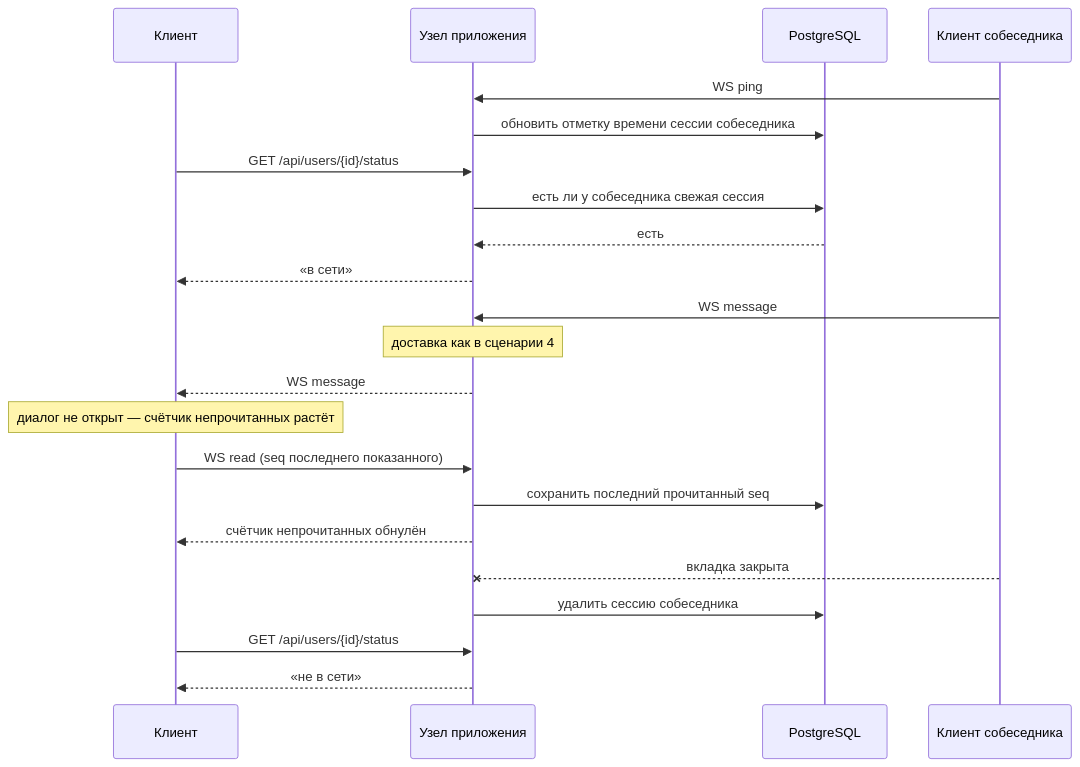
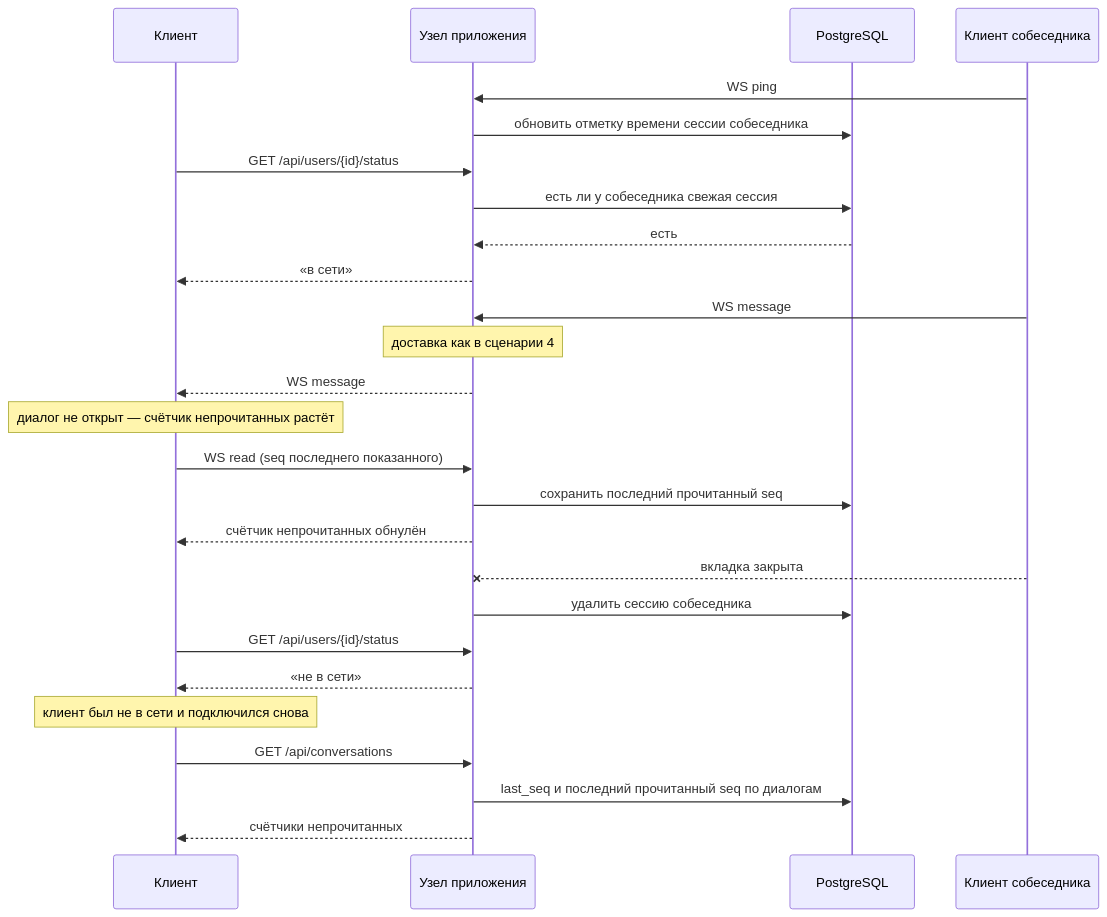
Before and after one commit to spbu-ds-practicum-2026/TheBoys: the sixth of 9 diagrams in docs/tr.md, drawn with Mermaid. The commit also changed other lines of this file, not shown here.

````diff
--- a/docs/tr.md
+++ b/docs/tr.md
@@ -316,24 +328,28 @@
 ```mermaid
 sequenceDiagram
   participant C as Клиент
   participant N as Узел приложения
   participant DB as PostgreSQL
   participant P as Клиент собеседника
   P->>N: WS ping
   N->>DB: обновить отметку времени сессии собеседника
   C->>N: GET /api/users/{id}/status
   N->>DB: есть ли у собеседника свежая сессия
   DB-->>N: есть
   N-->>C: «в сети»
   P->>N: WS message
   Note over N: доставка как в сценарии 4
   N-->>C: WS message
   Note over C: диалог не открыт — счётчик непрочитанных растёт
   C->>N: WS read (seq последнего показанного)
   N->>DB: сохранить последний прочитанный seq
   N-->>C: счётчик непрочитанных обнулён
   P--xN: вкладка закрыта
   N->>DB: удалить сессию собеседника
   C->>N: GET /api/users/{id}/status
   N-->>C: «не в сети»
+  Note over C: клиент был не в сети и подключился снова
+  C->>N: GET /api/conversations
+  N->>DB: last_seq и последний прочитанный seq по диалогам
+  N-->>C: счётчики непрочитанных
 ```
````
